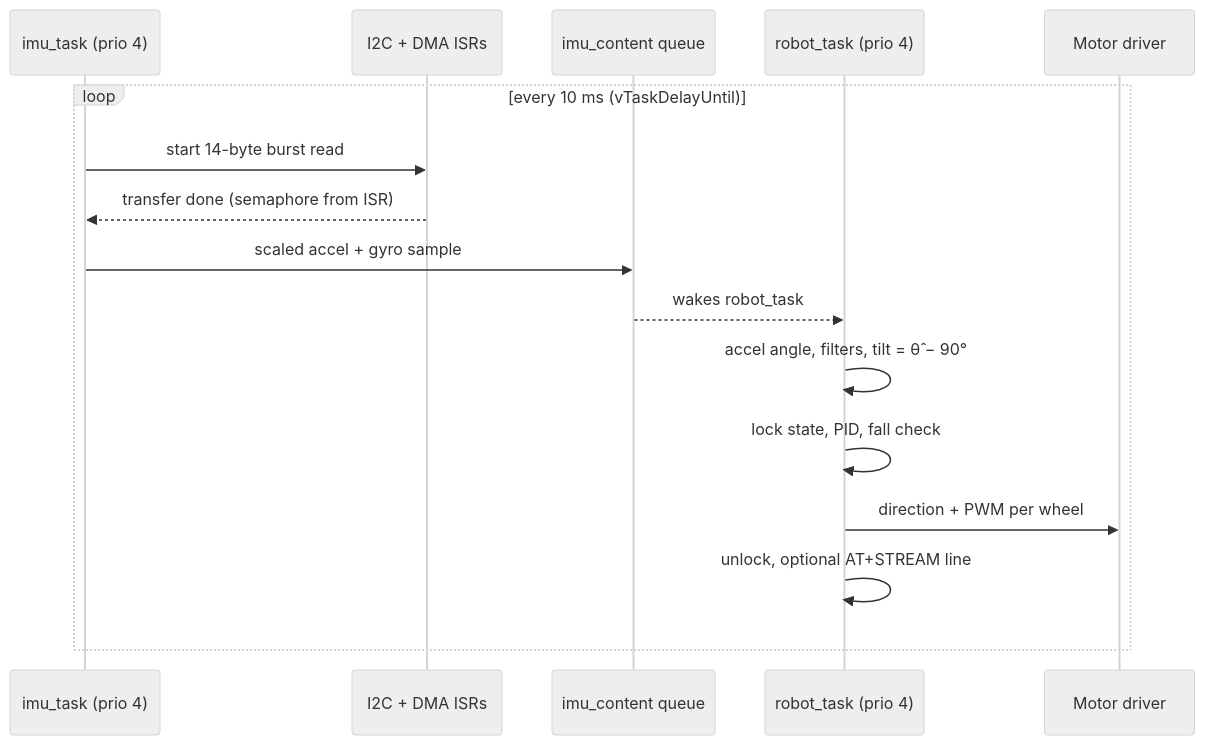
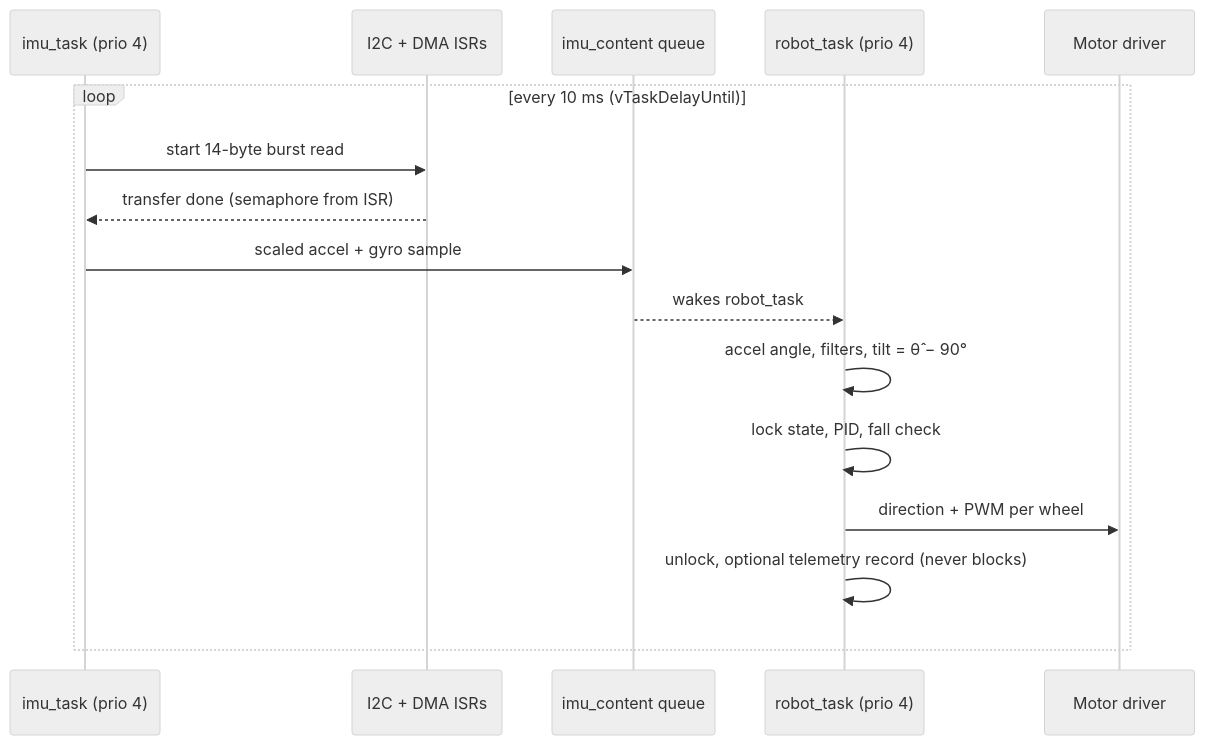
The third of 3 diagrams in docs/01-system-overview.md (machadothi/balancing_robot), drawn with Mermaid (neutral theme) before and after one commit. The commit also changed other lines of this file and 30 other files, not shown here.

````diff
--- a/docs/01-system-overview.md
+++ b/docs/01-system-overview.md
@@ -81,19 +82,19 @@
 ```mermaid
 sequenceDiagram
     participant IMU as imu_task (prio 4)
     participant DMA as I2C + DMA ISRs
     participant Q as imu_content queue
     participant R as robot_task (prio 4)
     participant M as Motor driver
 
     loop every 10 ms (vTaskDelayUntil)
         IMU->>DMA: start 14-byte burst read
         DMA-->>IMU: transfer done (semaphore from ISR)
         IMU->>Q: scaled accel + gyro sample
         Q-->>R: wakes robot_task
         R->>R: accel angle, filters, tilt = θ̂ − 90°
         R->>R: lock state, PID, fall check
         R->>M: direction + PWM per wheel
-        R->>R: unlock, optional AT+STREAM line
+        R->>R: unlock, optional telemetry record (never blocks)
     end
 ```
````
